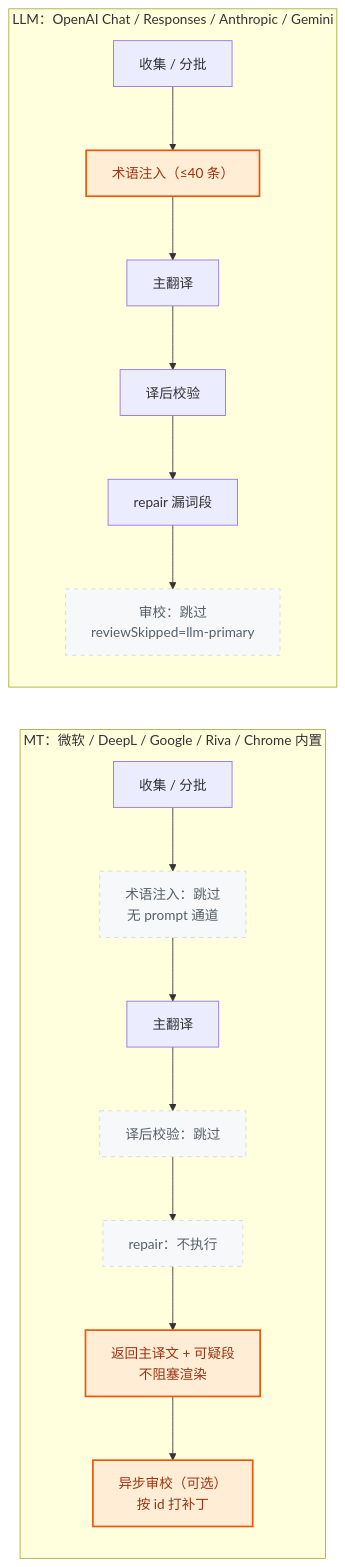
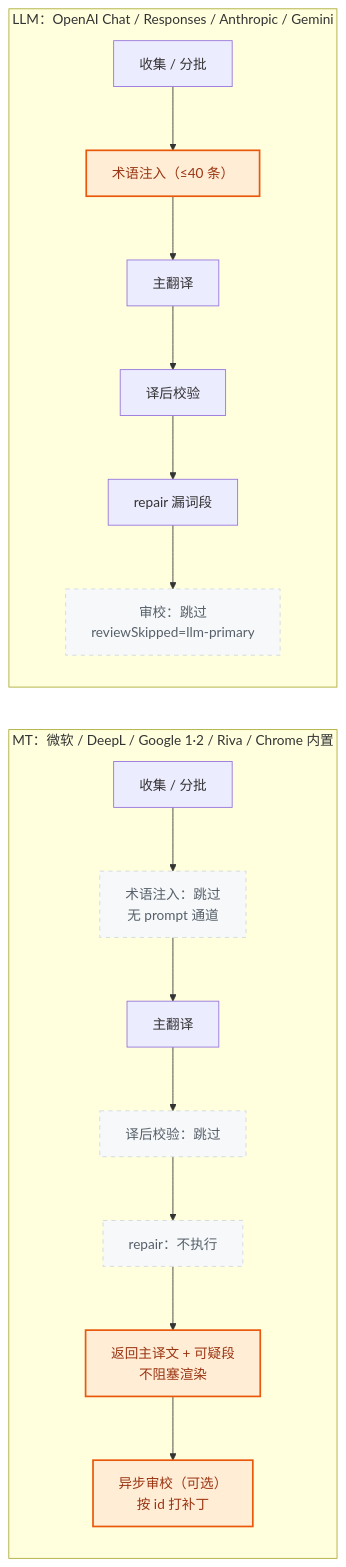
One commit to sogeisetsu/sopen-translate changed the first of 2 diagrams in README.md. Above: the diagram before and after it, drawn with Mermaid. The commit also changed other lines of this file and 9 other files, not shown here.

````diff
--- a/README.md
+++ b/README.md
@@ -142,26 +162,26 @@
 ```mermaid
 flowchart LR
-  subgraph MT["MT：微软 / DeepL / Google / Riva / Chrome 内置"]
+  subgraph MT["MT：微软 / DeepL / Google 1·2 / Riva / Chrome 内置"]
     direction TB
     mt1["收集 / 分批"] --> mt2["术语注入：跳过<br/>无 prompt 通道"]
     mt2 --> mt3["主翻译"]
     mt3 --> mt4["译后校验：跳过"]
     mt4 --> mt5["repair：不执行"]
     mt5 --> mt6["返回主译文 + 可疑段<br/>不阻塞渲染"]
     mt6 --> mt7["异步审校（可选）<br/>按 id 打补丁"]
   end
 
   subgraph LLM["LLM：OpenAI Chat / Responses / Anthropic / Gemini"]
     direction TB
     llm1["收集 / 分批"] --> llm2["术语注入（≤40 条）"]
     llm2 --> llm3["主翻译"]
     llm3 --> llm4["译后校验"]
     llm4 --> llm5["repair 漏词段"]
     llm5 --> llm6["审校：跳过<br/>reviewSkipped=llm-primary"]
   end
 
   classDef hot fill:#ffedd5,stroke:#ea580c,stroke-width:2px,color:#9a3412
   classDef skip fill:#f6f8fa,stroke:#d0d7de,stroke-dasharray:5 5,color:#57606a
   class llm2,mt6,mt7 hot
   class mt2,mt4,mt5,llm6 skip
 ```
````
